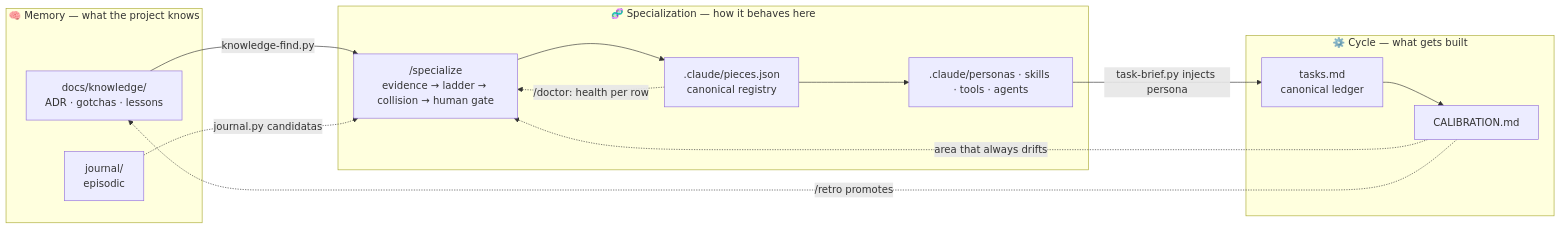
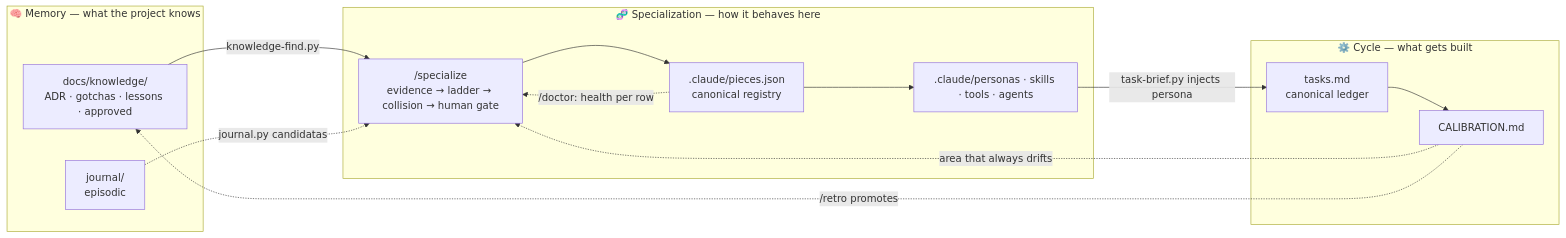
One commit to daycry/custom-agents changed diagram 13 of 16 in docs/en/FLOWS.md. Above: the diagram before and after it, drawn with Mermaid. The commit also changed 25 other files, not shown here.

Commit message:
fix(memory): recover approved knowledge with preserved provenance

````diff
--- a/docs/en/FLOWS.md
+++ b/docs/en/FLOWS.md
@@ -397,24 +397,24 @@
 ```mermaid
 flowchart LR
   subgraph MEM["🧠 Memory — what the project knows"]
-    K["docs/knowledge/<br/>ADR · gotchas · lessons"]
+    K["docs/knowledge/<br/>ADR · gotchas · lessons · approved"]
     J["journal/<br/>episodic"]
   end
   subgraph ESP["🧬 Specialization — how it behaves here"]
     SP["/specialize<br/>evidence → ladder → collision → human gate"]
     REG[".claude/pieces.json<br/>canonical registry"]
     PZ[".claude/personas · skills · tools · agents"]
   end
   subgraph CIC["⚙️ Cycle — what gets built"]
     T["tasks.md<br/>canonical ledger"]
     CAL["CALIBRATION.md"]
   end
   K -->|"knowledge-find.py"| SP
   J -.->|"journal.py candidatas"| SP
   CAL -.->|"area that always drifts"| SP
   SP --> REG --> PZ
   PZ -->|"task-brief.py injects persona"| T
   T --> CAL
   CAL -.->|"/retro promotes"| K
   REG -.->|"/doctor: health per row"| SP
 ```
````
